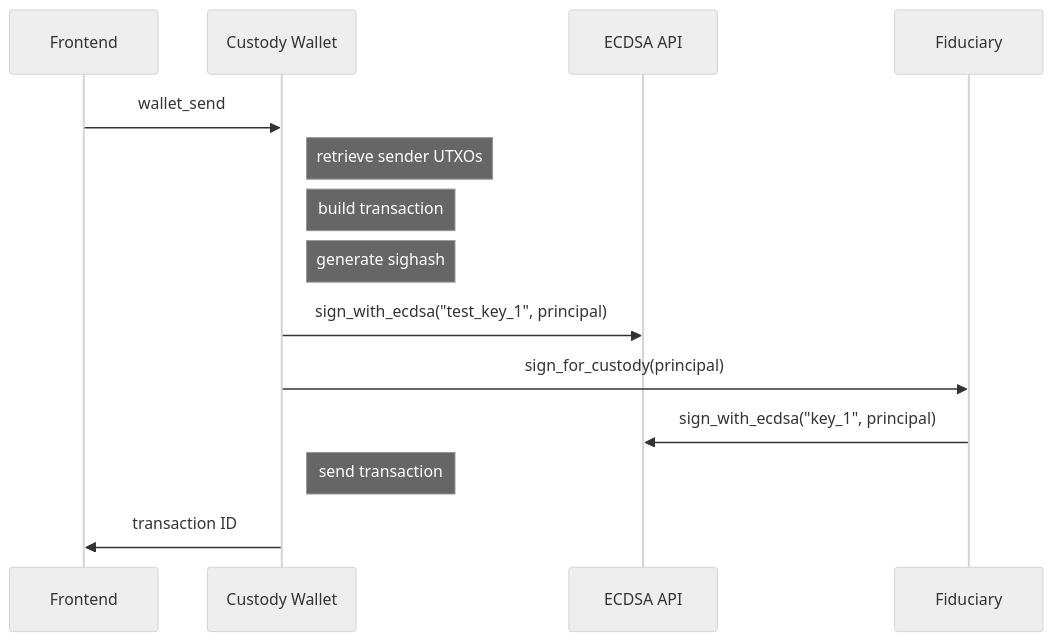
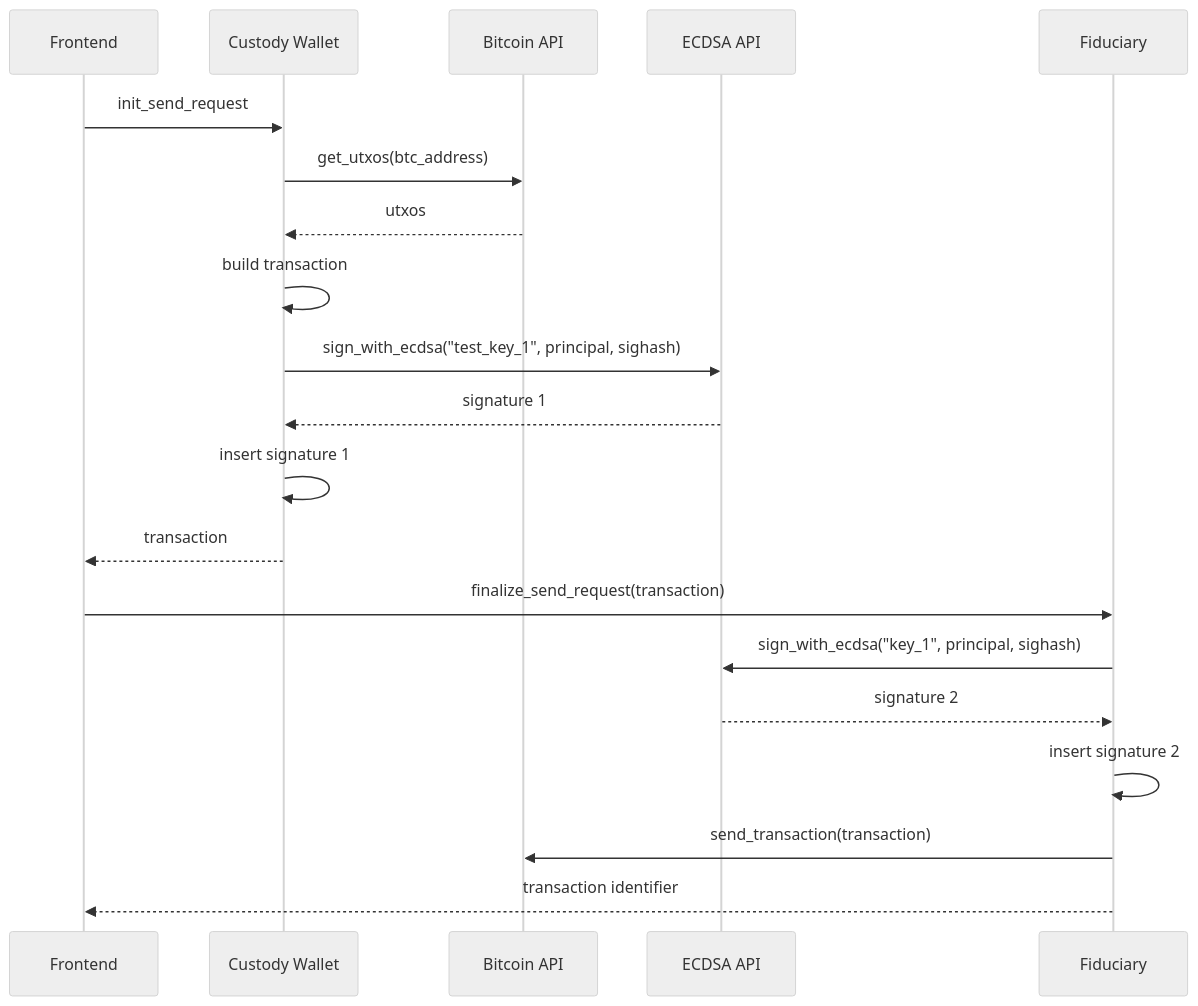
Before and after one commit to sardariuss/ic_btc_multisig: the second of 2 diagrams in README.md, drawn with Mermaid (neutral theme). The commit also changed other lines of this file and 1 other file, not shown here.

````diff
--- a/README.md
+++ b/README.md
@@ -49,12 +52,17 @@
 ```mermaid
 sequenceDiagram
-Frontend->>Custody Wallet: wallet_send
-Note right of Custody Wallet: retrieve sender UTXOs
-Note right of Custody Wallet: build transaction
-Note right of Custody Wallet: generate sighash
-Custody Wallet->>ECDSA API: sign_with_ecdsa("test_key_1", principal)
-Custody Wallet->>Fiduciary: sign_for_custody(principal)
-Fiduciary->>ECDSA API: sign_with_ecdsa("key_1", principal)
-Note right of Custody Wallet: send transaction
-Custody Wallet->>Frontend: transaction ID
+Frontend->>Custody Wallet: init_send_request
+Custody Wallet->>Bitcoin API: get_utxos(btc_address)
+Bitcoin API-->>Custody Wallet: utxos
+Custody Wallet->>Custody Wallet: build transaction
+Custody Wallet->>ECDSA API: sign_with_ecdsa("test_key_1", principal, sighash)
+ECDSA API-->>Custody Wallet: signature 1
+Custody Wallet->>Custody Wallet: insert signature 1
+Custody Wallet-->>Frontend: transaction
+Frontend->>Fiduciary: finalize_send_request(transaction)
+Fiduciary->>ECDSA API: sign_with_ecdsa("key_1", principal, sighash)
+ECDSA API-->>Fiduciary: signature 2
+Fiduciary->>Fiduciary: insert signature 2
+Fiduciary->>Bitcoin API: send_transaction(transaction)
+Fiduciary-->>Frontend: transaction identifier
 ```
````
